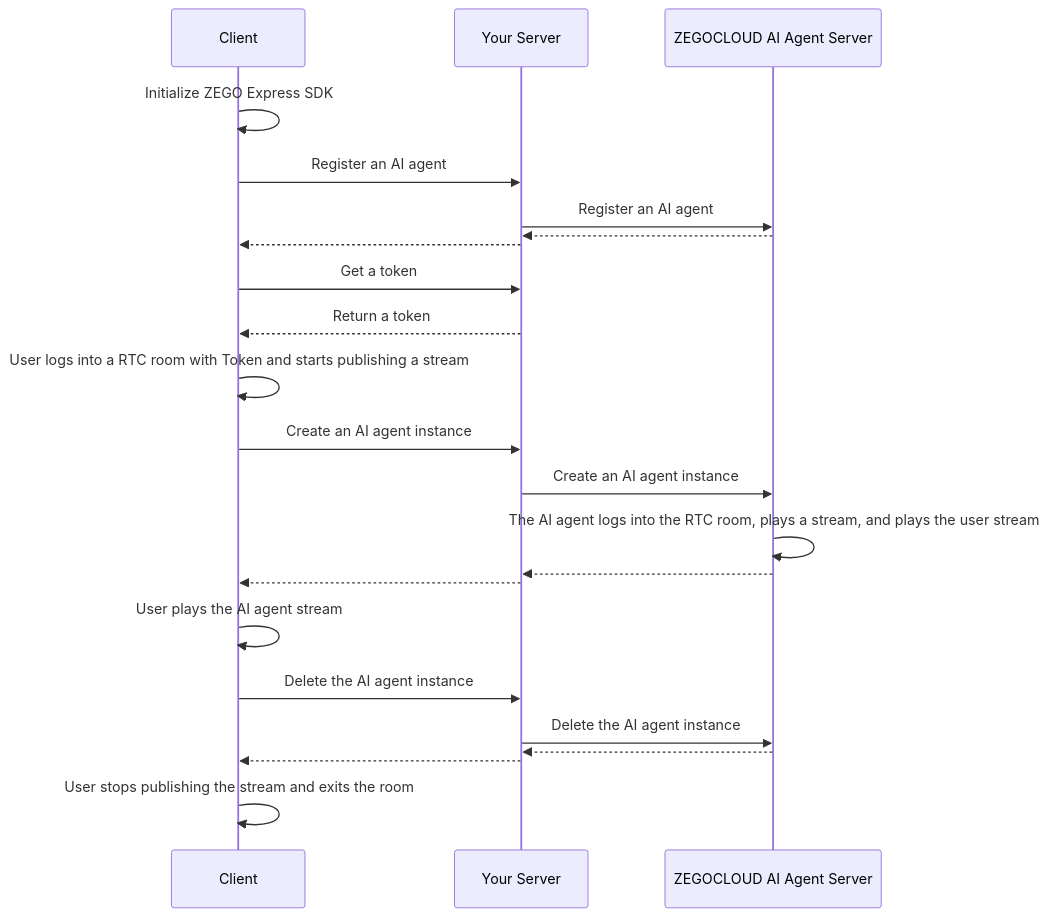
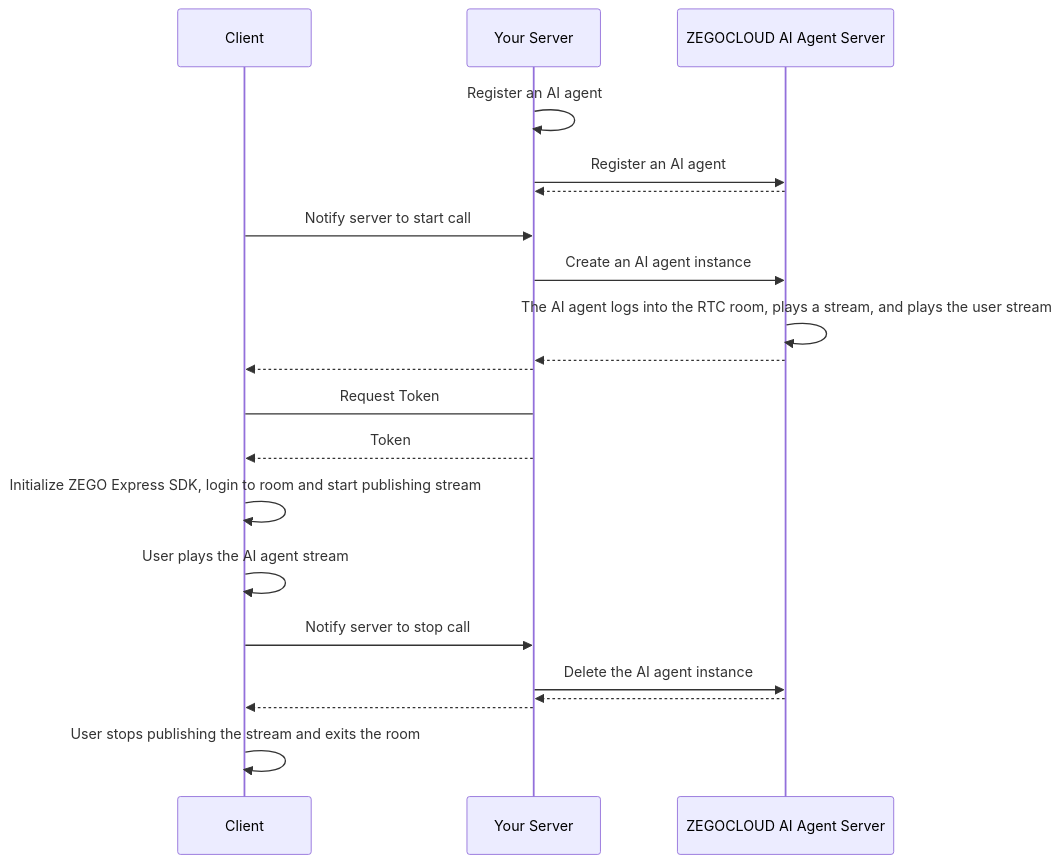
The diagram in core_products/aiagent/en/docs_aiagent_android/Quick start.mdx (ZEGOCLOUD/docs_all), drawn with Mermaid before and after one commit. The commit also changed other lines of this file and 12 other files, not shown here.

````diff
--- a/core_products/aiagent/en/docs_aiagent_android/Quick start.mdx
+++ b/core_products/aiagent/en/docs_aiagent_android/Quick start.mdx
@@ -67,33 +66,30 @@
 ```mermaid
 sequenceDiagram
     participant Client
     participant Your Server
     participant ZEGOCLOUD AI Agent Server
     
-    Client->>Client: Initialize ZEGO Express SDK
-    
-    Client->>Your Server: Register an AI agent
+    Your Server->>Your Server: Register an AI agent
     Your Server->>ZEGOCLOUD AI Agent Server: Register an AI agent
     ZEGOCLOUD AI Agent Server-->>Your Server: 
-    Your Server-->>Client: 
-    
-    Client->>Your Server: Get a token
-    Your Server-->>Client: Return a token
-    
-    Client->>Client: User logs into a RTC room with Token and starts publishing a stream
-    
-    Client->>Your Server: Create an AI agent instance
+
+    Client->>Your Server: Notify server to start call
     Your Server->>ZEGOCLOUD AI Agent Server: Create an AI agent instance
     ZEGOCLOUD AI Agent Server->>ZEGOCLOUD AI Agent Server: The AI agent logs into the RTC room, plays a stream, and plays the user stream
     ZEGOCLOUD AI Agent Server-->>Your Server: 
     Your Server-->>Client: 
+
+    Client->Your Server: Request Token
+    Your Server-->>Client: Token
+    
+    Client->>Client: Initialize ZEGO Express SDK, login to room and start publishing stream
     
     Client->>Client: User plays the AI agent stream
     
-    Client->>Your Server: Delete the AI agent instance
+    Client->>Your Server: Notify server to stop call
     Your Server->>ZEGOCLOUD AI Agent Server: Delete the AI agent instance
     ZEGOCLOUD AI Agent Server-->>Your Server: 
     Your Server-->>Client: 
     
     Client->>Client: User stops publishing the stream and exits the room
 ```
````
